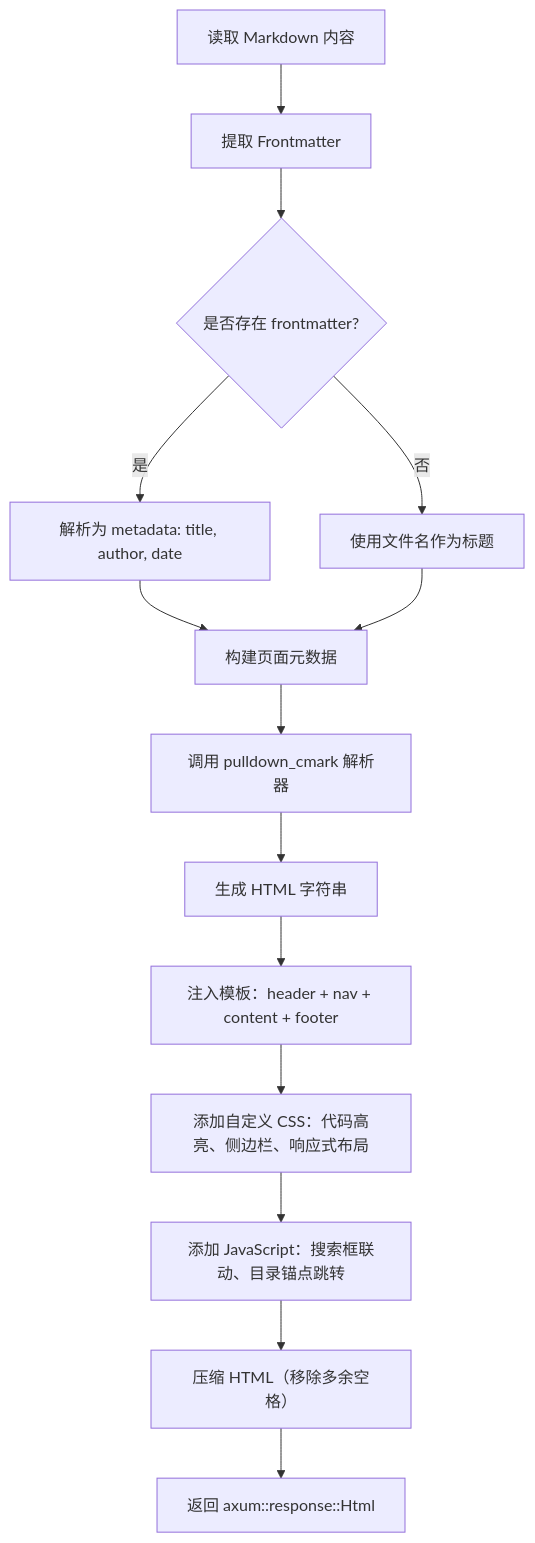
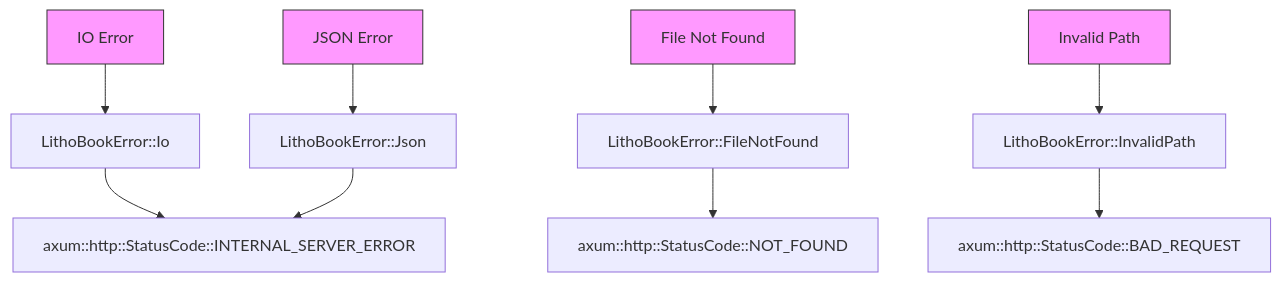
One commit to sopaco/litho-book changed the fifth of 6 diagrams in docs/3、工作流程.md. Above: the diagram before and after it, drawn with Mermaid. The commit also changed other lines of this file and 16 other files, not shown here.

````diff
--- a/docs/3、工作流程.md
+++ b/docs/3、工作流程.md
@@ -134,16 +226,16 @@
 ```mermaid
-graph TB
-    A[读取 Markdown 内容] --> B[提取 Frontmatter]
-    B --> C{是否存在 frontmatter?}
-    C -- 是 --> D[解析为 metadata: title, author, date]
-    C -- 否 --> E[使用文件名作为标题]
-    D --> F[构建页面元数据]
-    E --> F
-    F --> G[调用 pulldown_cmark 解析器]
-    G --> H[生成 HTML 字符串]
-    H --> I[注入模板：header + nav + content + footer]
-    I --> J[添加自定义 CSS：代码高亮、侧边栏、响应式布局]
-    J --> K[添加 JavaScript：搜索框联动、目录锚点跳转]
-    K --> L[压缩 HTML（移除多余空格）]
-    L --> M[返回 axum::response::Html]
+graph TD
+    A[IO Error] --> B[LithoBookError::Io]
+    C[JSON Error] --> D[LithoBookError::Json]
+    E[File Not Found] --> F[LithoBookError::FileNotFound]
+    F --> G[axum::http::StatusCode::NOT_FOUND]
+    B --> H[axum::http::StatusCode::INTERNAL_SERVER_ERROR]
+    D --> H
+    I[Invalid Path] --> J[LithoBookError::InvalidPath]
+    J --> K[axum::http::StatusCode::BAD_REQUEST]
+
+    style A fill:#f9f,stroke:#333
+    style C fill:#f9f,stroke:#333
+    style E fill:#f9f,stroke:#333
+    style I fill:#f9f,stroke:#333
 ```
````
